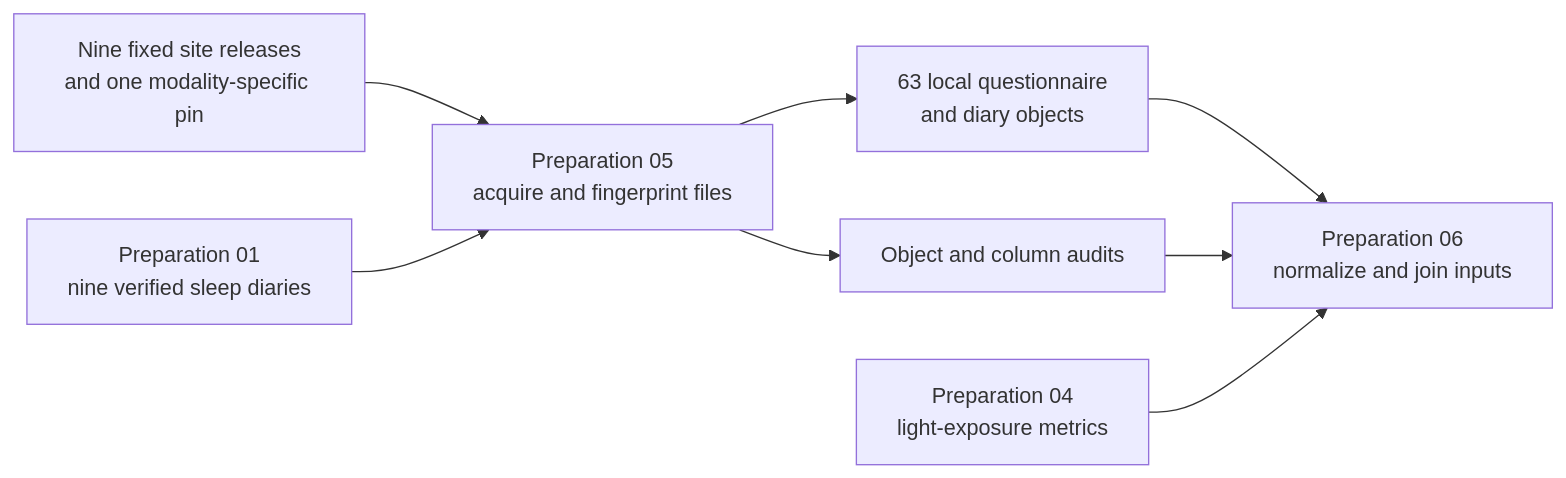
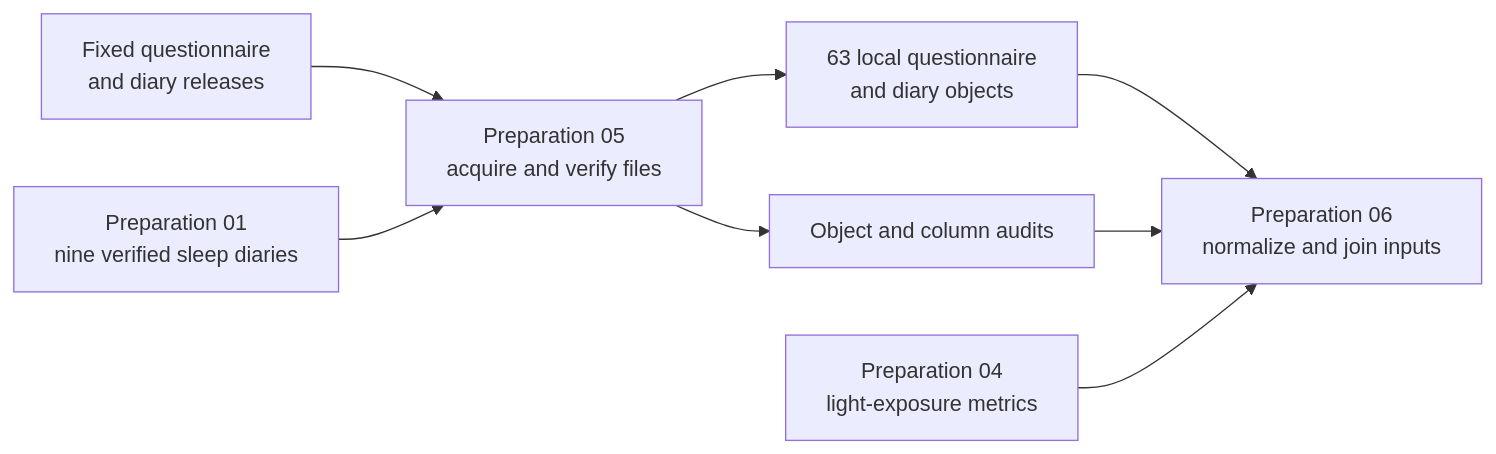
One commit to tscnlab/ZaunerEtAl_bioRxiv_2026 changed the diagram in notebooks/preparation/05_model_input_acquisition.qmd. Above: the diagram before and after it, drawn with Mermaid. The commit also changed other lines of this file and 21122 other files, not shown here.

````diff
--- a/notebooks/preparation/05_model_input_acquisition.qmd
+++ b/notebooks/preparation/05_model_input_acquisition.qmd
@@ -702,10 +713,10 @@
 ```{mermaid}
 flowchart LR
-  S["Nine fixed site releases<br/>and one modality-specific pin"] --> A["Preparation 05<br/>acquire and fingerprint files"]
+  S["Fixed questionnaire<br/>and diary releases"] --> A["Preparation 05<br/>acquire and verify files"]
   P1["Preparation 01<br/>nine verified sleep diaries"] --> A
   A --> L["63 local questionnaire<br/>and diary objects"]
   A --> U["Object and column audits"]
   L --> P6["Preparation 06<br/>normalize and join inputs"]
   U --> P6
   P4["Preparation 04<br/>light-exposure metrics"] --> P6
 ```
````
